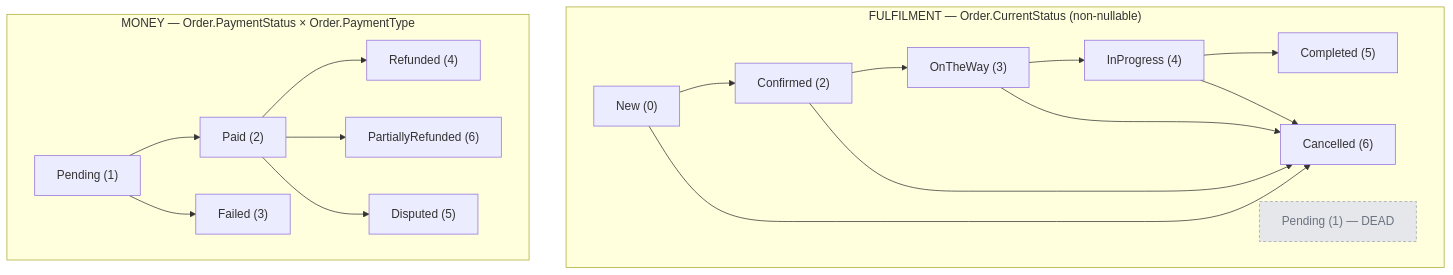
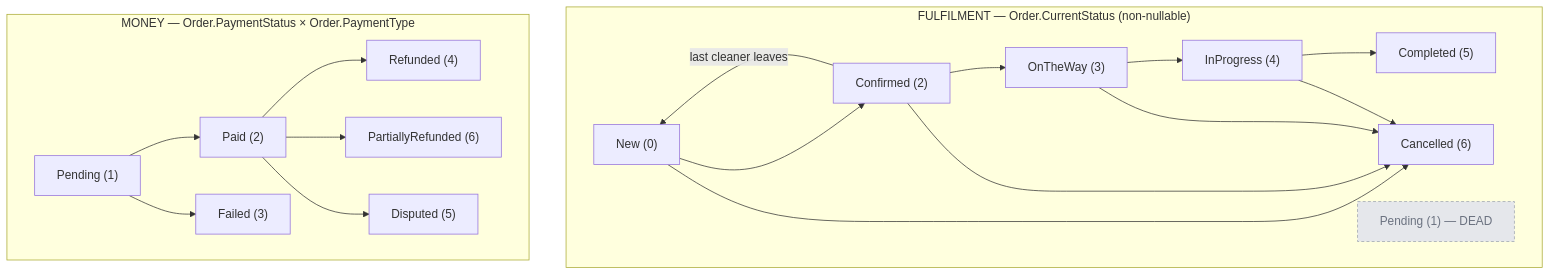
Before and after one commit to VM-s-Solutions/cleansia: the diagram in docs/domain/order-lifecycle.md, drawn with Mermaid. The commit also changed other lines of this file and 43 other files, not shown here.

````diff
--- a/docs/domain/order-lifecycle.md
+++ b/docs/domain/order-lifecycle.md
@@ -9,24 +9,25 @@
 ```mermaid
 flowchart TB
   subgraph FULFILMENT["FULFILMENT — Order.CurrentStatus (non-nullable)"]
     direction LR
     New["New (0)"] --> Confirmed["Confirmed (2)"] --> OnTheWay["OnTheWay (3)"] --> InProgress["InProgress (4)"] --> Completed["Completed (5)"]
+    Confirmed -->|"last cleaner leaves"| New
     New --> Cancelled["Cancelled (6)"]
     Confirmed --> Cancelled
     OnTheWay --> Cancelled
     InProgress --> Cancelled
     Pending["Pending (1) — DEAD"]
   end
 
   subgraph MONEY["MONEY — Order.PaymentStatus × Order.PaymentType"]
     direction LR
     PPending["Pending (1)"] --> Paid["Paid (2)"]
     PPending --> Failed["Failed (3)"]
     Paid --> Refunded["Refunded (4)"]
     Paid --> Partial["PartiallyRefunded (6)"]
     Paid --> Disputed["Disputed (5)"]
   end
 
   classDef dead fill:#e5e7eb,stroke:#9ca3af,color:#6b7280,stroke-dasharray: 4 3
   class Pending dead
 ```
````
